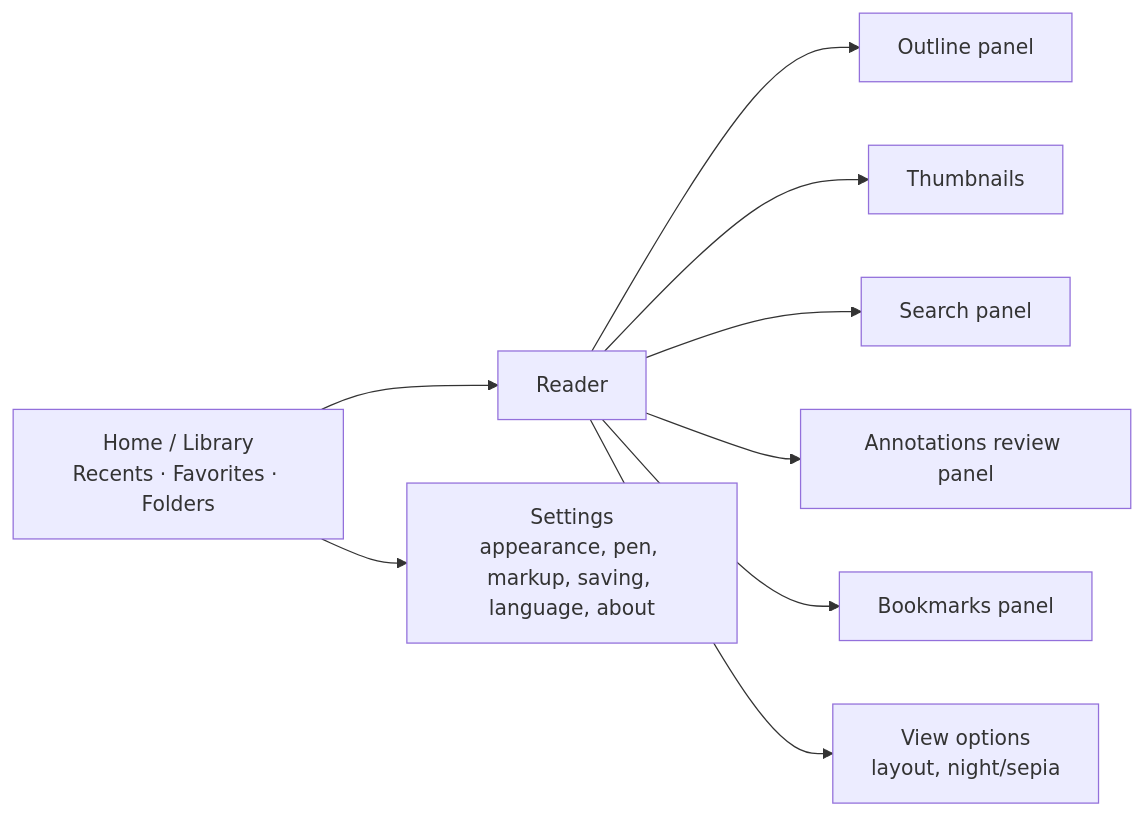
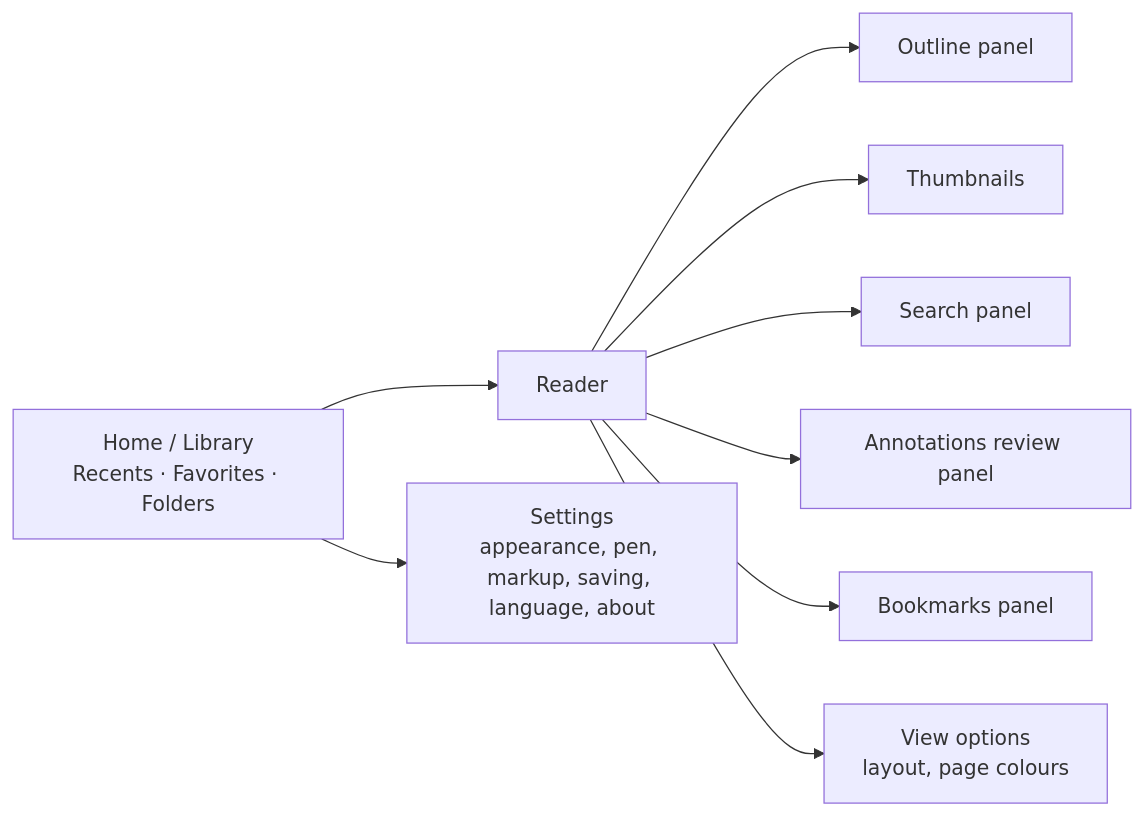
The diagram in docs/plan/05-ux-design.md (Frerol/doxa-pdf), drawn with Mermaid before and after one commit. The commit also changed other lines of this file and 5 other files, not shown here.

First line of the commit message:
feat(reader): keep view options as global defaults (#64)

````diff
--- a/docs/plan/05-ux-design.md
+++ b/docs/plan/05-ux-design.md
@@ -12,11 +12,11 @@
 ```mermaid
 flowchart LR
   Home[Home / Library<br/>Recents · Favorites · Folders] --> Reader
   Reader[Reader] --> Outline[Outline panel]
   Reader --> Thumbs[Thumbnails]
   Reader --> Search[Search panel]
   Reader --> Review[Annotations review panel]
   Reader --> Bookmarks[Bookmarks panel]
-  Reader --> DocSettings[View options<br/>layout, night/sepia]
+  Reader --> ViewOptions[View options<br/>layout, page colours]
   Home --> Settings[Settings<br/>appearance, pen, markup, saving, language, about]
 ```
````
